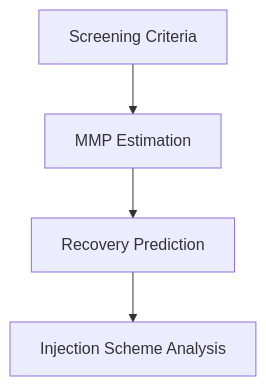
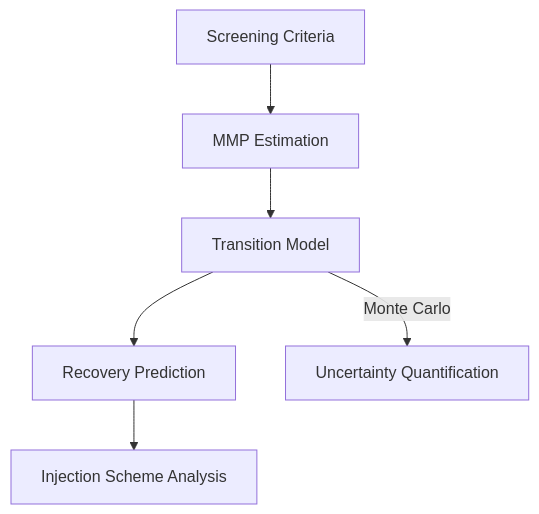
One commit to fgfalll/WAG_optimisation changed the first of 3 diagrams in architecture.md. Above: the diagram before and after it, drawn with Mermaid. The commit also changed other lines of this file and 8 other files, not shown here.

````diff
--- a/architecture.md
+++ b/architecture.md
@@ -43,6 +66,8 @@
 ```mermaid
 flowchart TD
     A[Screening Criteria] --> B[MMP Estimation]
-    B --> C[Recovery Prediction]
-    C --> D[Injection Scheme Analysis]
+    B --> C[Transition Model]
+    C --> D[Recovery Prediction]
+    D --> E[Injection Scheme Analysis]
+    C -->|Monte Carlo| F[Uncertainty Quantification]
 ```
````
